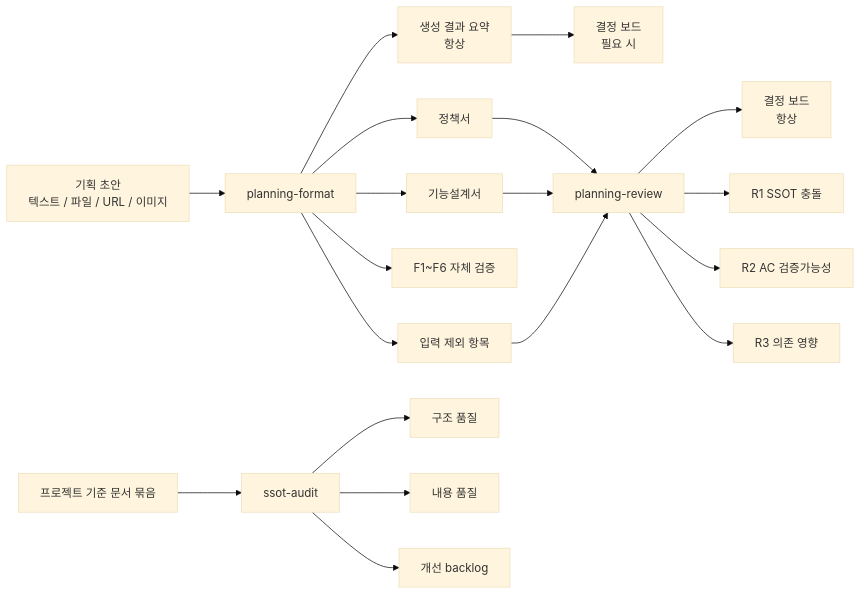
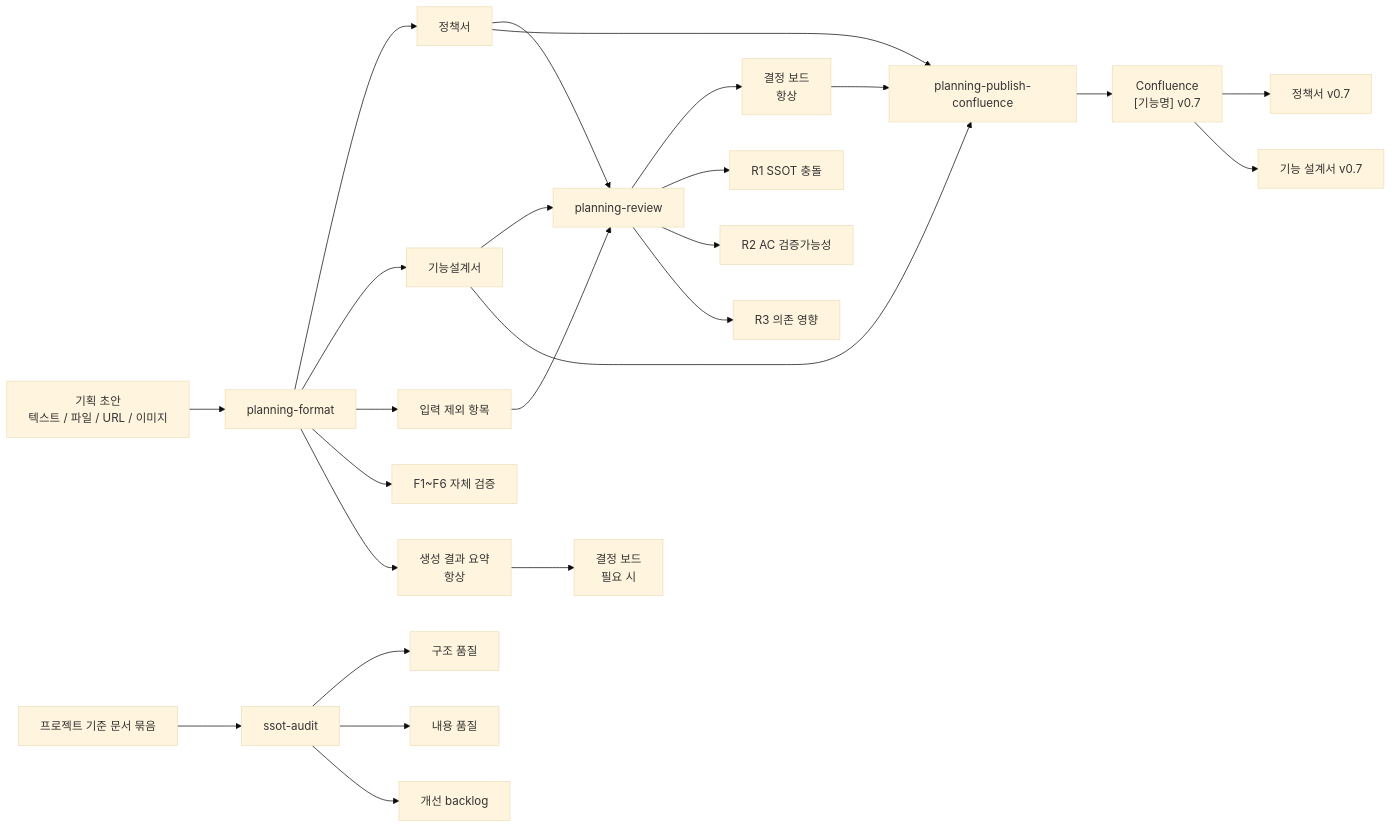
One commit to inkwonjung-colosseum/plugins changed the first of 8 diagrams in planning-kit/docs/planning-kit-workflow-guide.md. Above: the diagram before and after it, drawn with Mermaid (base theme). The commit also changed other lines of this file and 19 other files, not shown here.

````diff
--- a/planning-kit/docs/planning-kit-workflow-guide.md
+++ b/planning-kit/docs/planning-kit-workflow-guide.md
@@ -19,24 +20,31 @@
 ```mermaid
 flowchart LR
   A["기획 초안<br/>텍스트 / 파일 / URL / 이미지"] --> B["planning-format"]
   B --> C["정책서"]
   B --> D["기능설계서"]
   B --> E["입력 제외 항목"]
   B --> F["F1~F6 자체 검증"]
   B --> RS["생성 결과 요약<br/>항상"]
   RS --> DB["결정 보드<br/>필요 시"]
 
   C --> G["planning-review"]
   D --> G
   E --> G
 
   G --> H["결정 보드<br/>항상"]
   G --> R["R1 SSOT 충돌"]
   G --> I["R2 AC 검증가능성"]
   G --> J["R3 의존 영향"]
 
+  H --> P["planning-publish-confluence"]
+  C --> P
+  D --> P
+  P --> Q["Confluence<br/>[기능명] v0.7"]
+  Q --> Q1["정책서 v0.7"]
+  Q --> Q2["기능 설계서 v0.7"]
+
   K["프로젝트 기준 문서 묶음"] --> L["ssot-audit"]
   L --> M["구조 품질"]
   L --> N["내용 품질"]
   L --> O["개선 backlog"]
 ```
````
